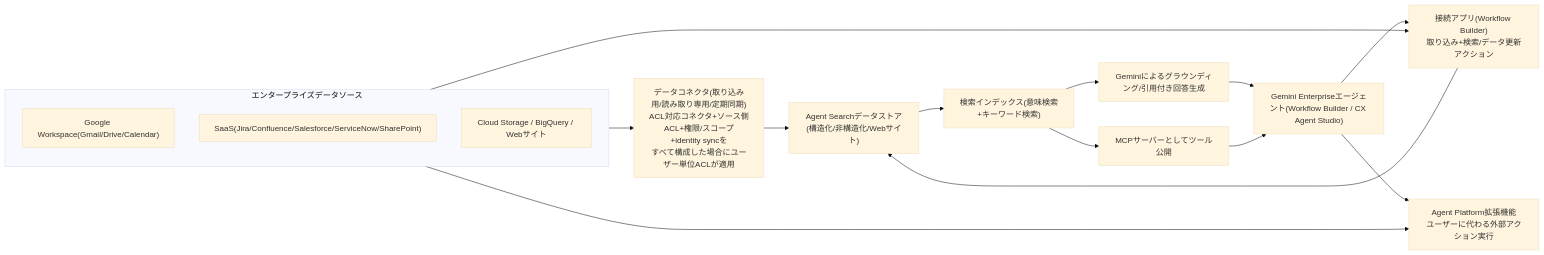
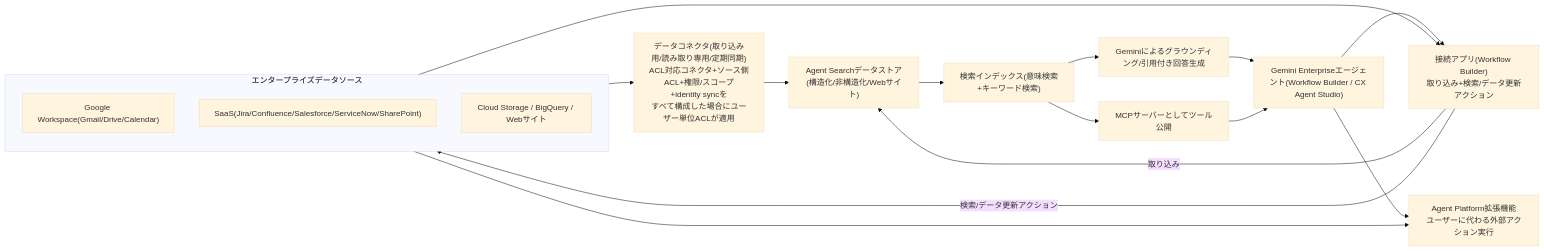
One commit to myoshi2891/Cloud-Infrastructure-Studies changed the sixth of 7 diagrams in Professional-agentic-architect-section1.md. Above: the diagram before and after it, drawn with Mermaid (base theme). The commit also changed other lines of this file and 2 other files, not shown here.

Commit message:
docs(agentic-architect): update checklist and architecture descriptions

````diff
--- a/Professional-agentic-architect-section1.md
+++ b/Professional-agentic-architect-section1.md
@@ -299,20 +299,21 @@
 ```mermaid
 flowchart LR
     subgraph Sources["エンタープライズデータソース"]
         S1["Google Workspace(Gmail/Drive/Calendar)"]
         S2["SaaS(Jira/Confluence/Salesforce/ServiceNow/SharePoint)"]
         S3["Cloud Storage / BigQuery / Webサイト"]
     end
     Sources --> Conn["データコネクタ(取り込み用/読み取り専用/定期同期)<br/>ACL対応コネクタ+ソース側ACL+権限/スコープ+identity syncを<br/>すべて構成した場合にユーザー単位ACLが適用"]
     Sources --> ConnApp["接続アプリ(Workflow Builder)<br/>取り込み+検索/データ更新アクション"]
     Sources --> Ext["Agent Platform拡張機能<br/>ユーザーに代わる外部アクション実行"]
     Conn --> DS["Agent Searchデータストア(構造化/非構造化/Webサイト)"]
-    ConnApp --> DS
+    ConnApp -- "取り込み" --> DS
+    ConnApp -- "検索/データ更新アクション" --> Sources
     DS --> Index["検索インデックス(意味検索+キーワード検索)"]
     Index --> Ground["Geminiによるグラウンディング/引用付き回答生成"]
     Ground --> Agent["Gemini Enterpriseエージェント(Workflow Builder / CX Agent Studio)"]
     Index --> MCP["MCPサーバーとしてツール公開"]
     MCP --> Agent
     Agent --> ConnApp
     Agent --> Ext
 ```
````
